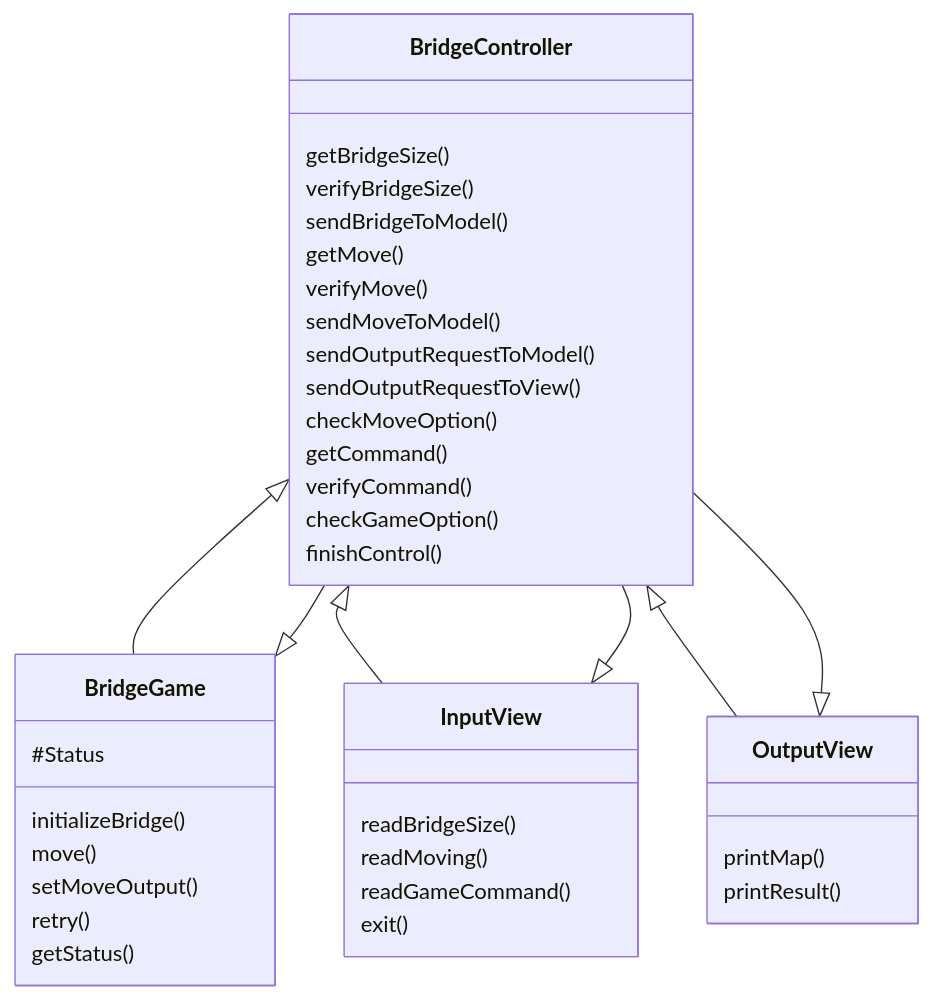
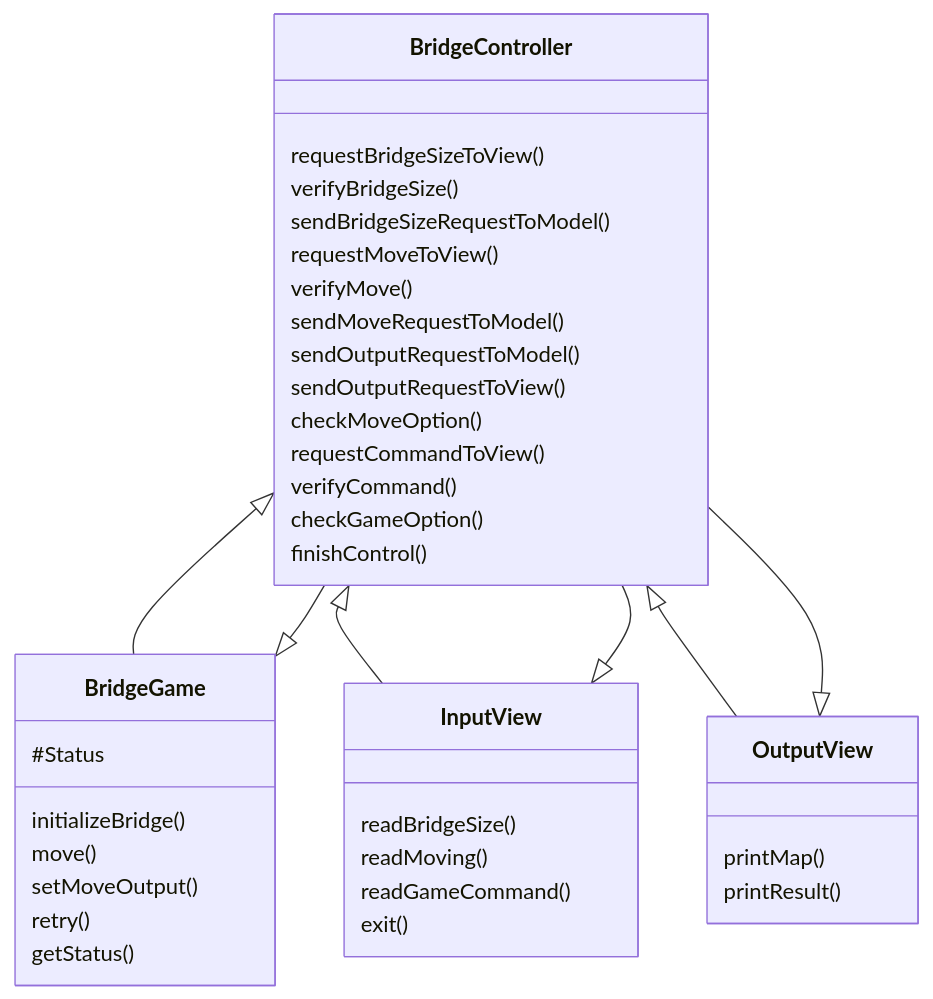
One commit to woowacourse-precourse/javascript-bridge changed the first of 2 diagrams in docs/README.md. Above: the diagram before and after it, drawn with Mermaid.

Commit message:
docs : 메소드 이름 변경에 따른 다이어그램 수정

````diff
--- a/docs/README.md
+++ b/docs/README.md
@@ -88,40 +88,40 @@
 ```mermaid
 classDiagram
     BridgeController <|-- BridgeGame
     BridgeGame <|-- BridgeController
     BridgeController <|-- InputView
     InputView <|-- BridgeController
     BridgeController <|-- OutputView
     OutputView <|-- BridgeController
-    BridgeController : getBridgeSize()
+    BridgeController : requestBridgeSizeToView()
     BridgeController : verifyBridgeSize()
-    BridgeController : sendBridgeToModel()
-  	BridgeController : getMove()
+    BridgeController : sendBridgeSizeRequestToModel()
+  	BridgeController : requestMoveToView()
     BridgeController : verifyMove()
-    BridgeController : sendMoveToModel()
+    BridgeController : sendMoveRequestToModel()
     BridgeController : sendOutputRequestToModel()
     BridgeController : sendOutputRequestToView()
     BridgeController : checkMoveOption()
-    BridgeController : getCommand()
+    BridgeController : requestCommandToView()
     BridgeController : verifyCommand()
     BridgeController : checkGameOption()
     BridgeController : finishControl()
     class BridgeGame{
         #Status
         initializeBridge()
         move()
         setMoveOutput()
         retry()
         getStatus()
     }
     class InputView{
         readBridgeSize()
         readMoving()
         readGameCommand()
         exit()
     }
     class OutputView{
         printMap()
         printResult()
     }
 ```
````
